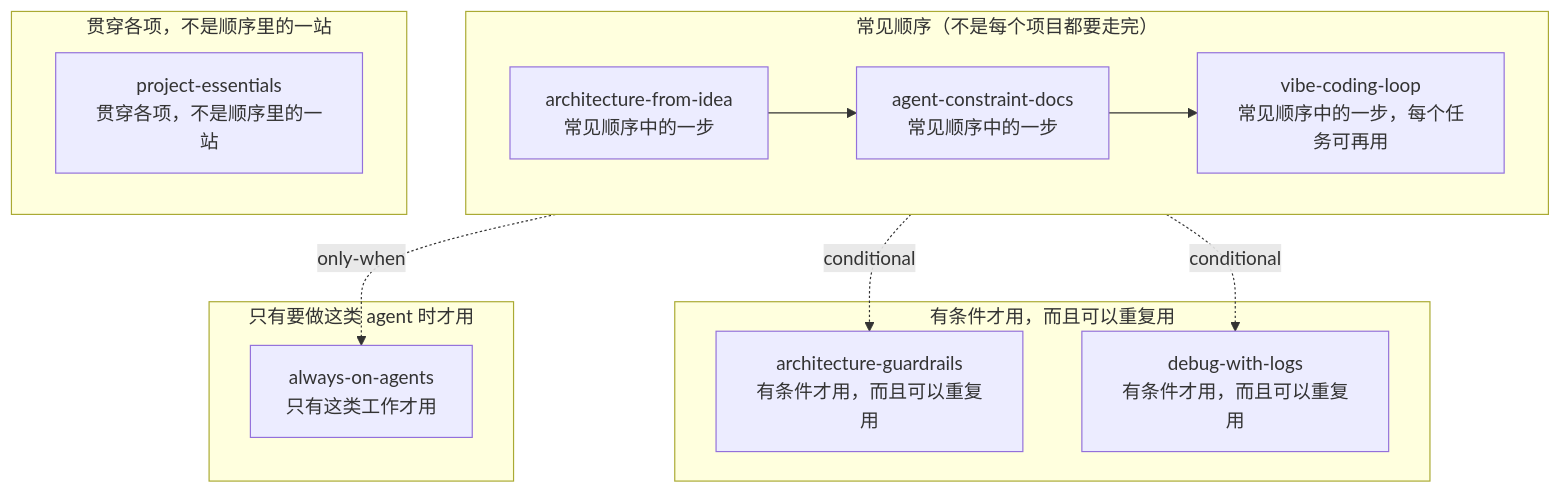
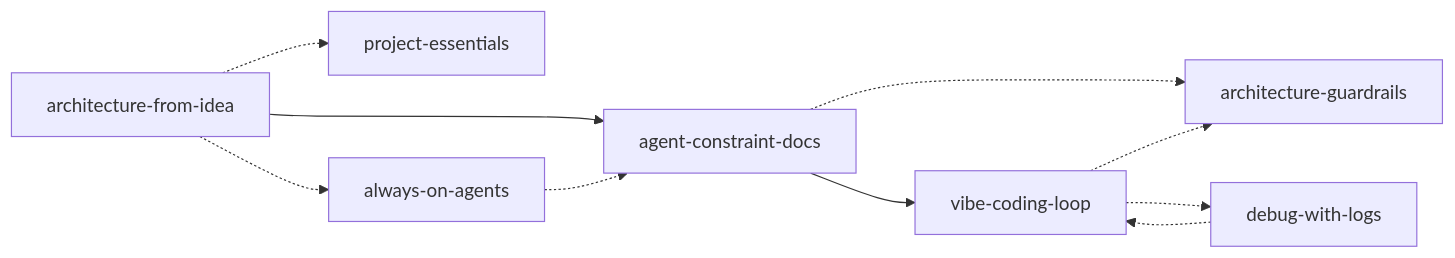
Before and after one commit to wisdom-km/agent-skills: the diagram in NAVIGATION.md, drawn with Mermaid. The commit also changed other lines of this file and 20 other files, not shown here.

````diff
--- a/NAVIGATION.md
+++ b/NAVIGATION.md
@@ -52,24 +39,12 @@
 ```mermaid
-flowchart TB
-  subgraph s_group_chain["常见顺序（不是每个项目都要走完）"]
-    direction LR
-    s_architecture_from_idea["architecture-from-idea<br/>常见顺序中的一步"]
-    s_agent_constraint_docs["agent-constraint-docs<br/>常见顺序中的一步"]
-    s_vibe_coding_loop["vibe-coding-loop<br/>常见顺序中的一步，每个任务可再用"]
-  end
-  subgraph s_group_cross["贯穿各项，不是顺序里的一站"]
-    s_project_essentials["project-essentials<br/>贯穿各项，不是顺序里的一站"]
-  end
-  subgraph s_group_conditional["有条件才用，而且可以重复用"]
-    s_architecture_guardrails["architecture-guardrails<br/>有条件才用，而且可以重复用"]
-    s_debug_with_logs["debug-with-logs<br/>有条件才用，而且可以重复用"]
-  end
-  subgraph s_group_only_when["只有要做这类 agent 时才用"]
-    s_always_on_agents["always-on-agents<br/>只有这类工作才用"]
-  end
-  s_architecture_from_idea --> s_agent_constraint_docs
-  s_agent_constraint_docs --> s_vibe_coding_loop
-  s_architecture_from_idea -. "conditional" .-> s_architecture_guardrails
-  s_vibe_coding_loop -. "conditional" .-> s_debug_with_logs
-  s_architecture_from_idea -. "only-when" .-> s_always_on_agents
+flowchart LR
+  A["architecture-from-idea"] --> B["agent-constraint-docs"]
+  B --> C["vibe-coding-loop"]
+  A -.-> F["project-essentials"]
+  A -.-> G["always-on-agents"]
+  B -.-> D["architecture-guardrails"]
+  C -.-> D
+  C -.-> E["debug-with-logs"]
+  E -.-> C
+  G -.-> B
 ```
````
